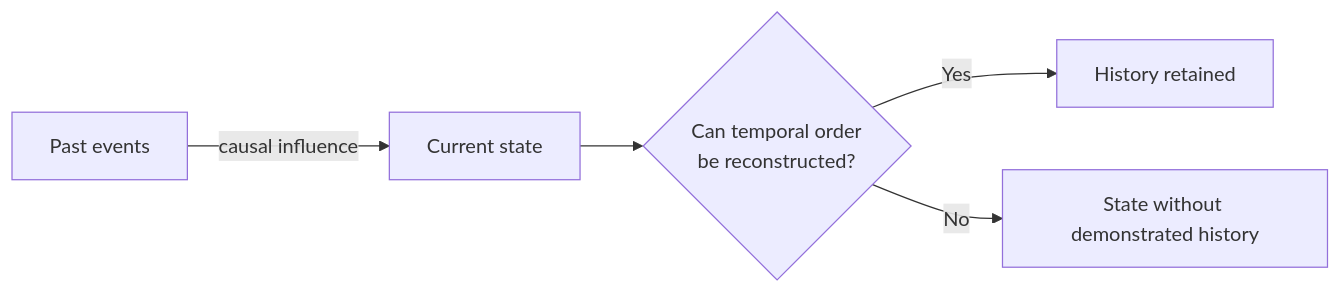
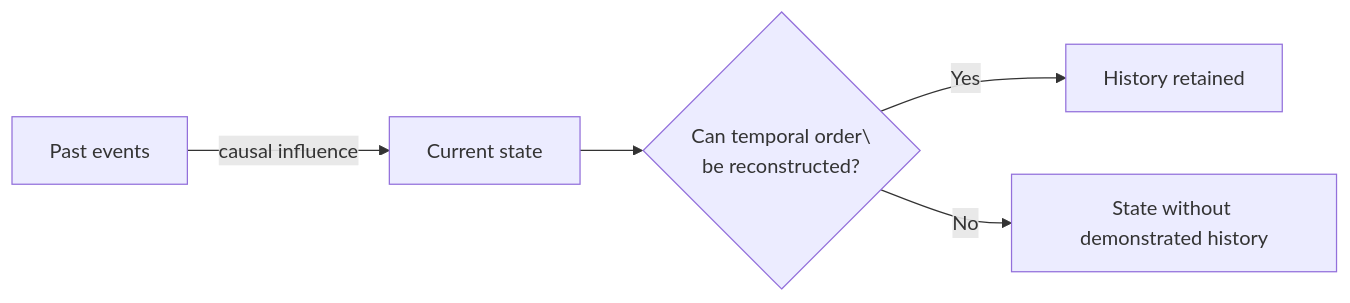
Before and after one commit to ernanhughes/Digital-Life: the fourth of 5 diagrams in content/books/digital-life/14-the-digital-crystal/index.md, drawn with Mermaid. The commit also changed other lines of this file and 4 other files, not shown here.

````diff
--- a/content/books/digital-life/14-the-digital-crystal/index.md
+++ b/content/books/digital-life/14-the-digital-crystal/index.md
@@ -1333,7 +1333,7 @@
 ```mermaid
 flowchart LR
-    P["Past events"] -->|causal influence| S["Current state"]
-    S --> Q{"Can temporal order<br/>be reconstructed?"}
-    Q -- Yes --> H["History retained"]
-    Q -- No --> N["State without demonstrated history"]
+    P["Past events"] -->|causal influence| S["Current state"]
+    S --> Q{"Can temporal order\<br/>be reconstructed?"}
+    Q -- Yes --> H["History retained"]
+    Q -- No --> N["State without demonstrated history"]
 ```
````
